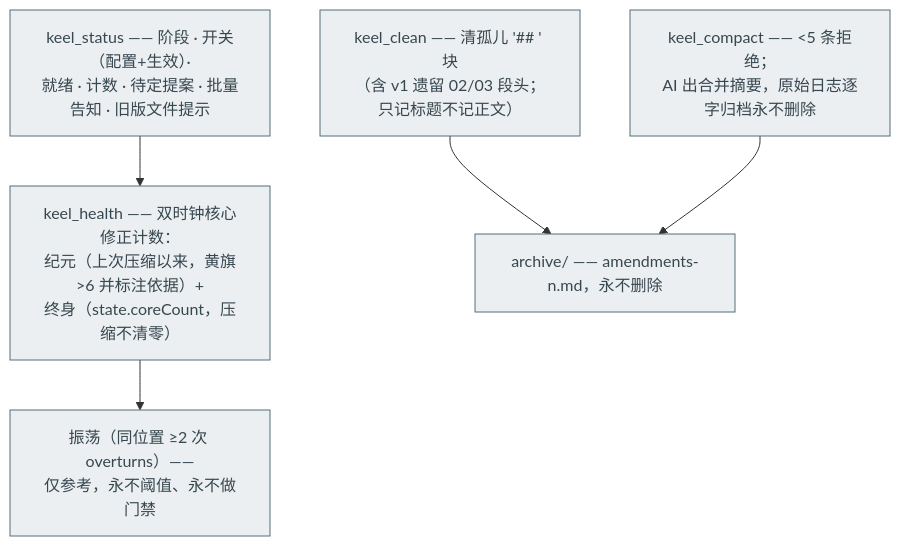
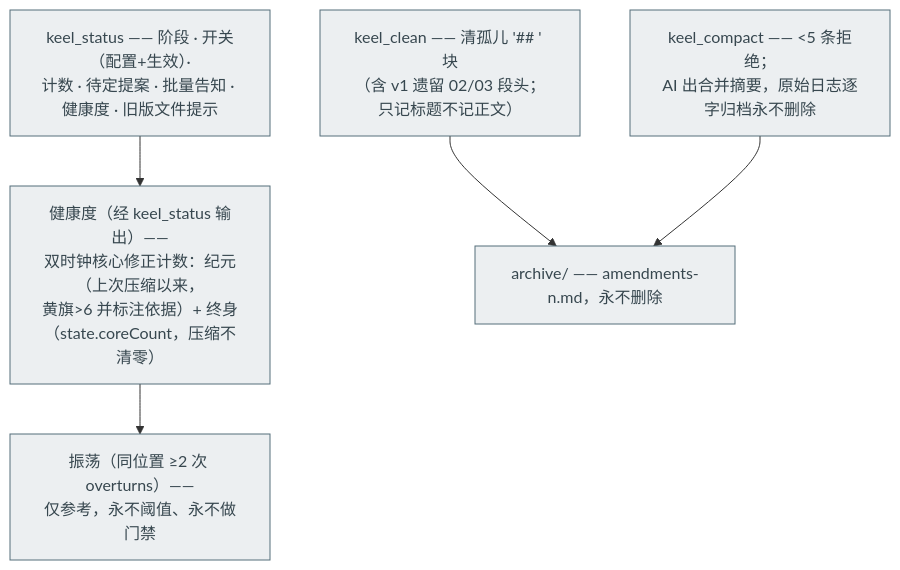
One commit to maxi3777/Keel changed the seventh of 8 diagrams in docs/MENTAL-MODEL.md. Above: the diagram before and after it, drawn with Mermaid. The commit also changed other lines of this file and 17 other files, not shown here.

````diff
--- a/docs/MENTAL-MODEL.md
+++ b/docs/MENTAL-MODEL.md
@@ -207,14 +209,14 @@
 ```mermaid
 flowchart TD
-    STATUS["keel_status —— 阶段 · 开关（配置+生效）·<br/>就绪 · 计数 · 待定提案 · 批量告知 · 旧版文件提示"]:::mech
-    HEALTH["keel_health —— 双时钟核心修正计数：<br/>纪元（上次压缩以来，黄旗>6 并标注依据）+<br/>终身（state.coreCount，压缩不清零）"]:::mech
+    STATUS["keel_status —— 阶段 · 开关（配置+生效）·<br/>计数 · 待定提案 · 批量告知 · 健康度 · 旧版文件提示"]:::mech
+    HEALTH["健康度（经 keel_status 输出）——<br/>双时钟核心修正计数：纪元（上次压缩以来，<br/>黄旗>6 并标注依据）+ 终身（state.coreCount，压缩不清零）"]:::mech
     OSC["振荡（同位置 ≥2 次 overturns）——<br/>仅参考，永不阈值、永不做门禁"]:::mech
     CLEAN["keel_clean —— 清孤儿 '## ' 块<br/>（含 v1 遗留 02/03 段头；只记标题不记正文）"]:::mech
     COMPACT["keel_compact —— <5 条拒绝；<br/>AI 出合并摘要，原始日志逐字归档永不删除"]:::mech
     ARCH["archive/ —— amendments-n.md，永不删除"]:::mech
 
     STATUS --> HEALTH --> OSC
     CLEAN --> ARCH
     COMPACT --> ARCH
     classDef mech fill:#eceff1,stroke:#546e7a,color:#37474f
 ```
````
